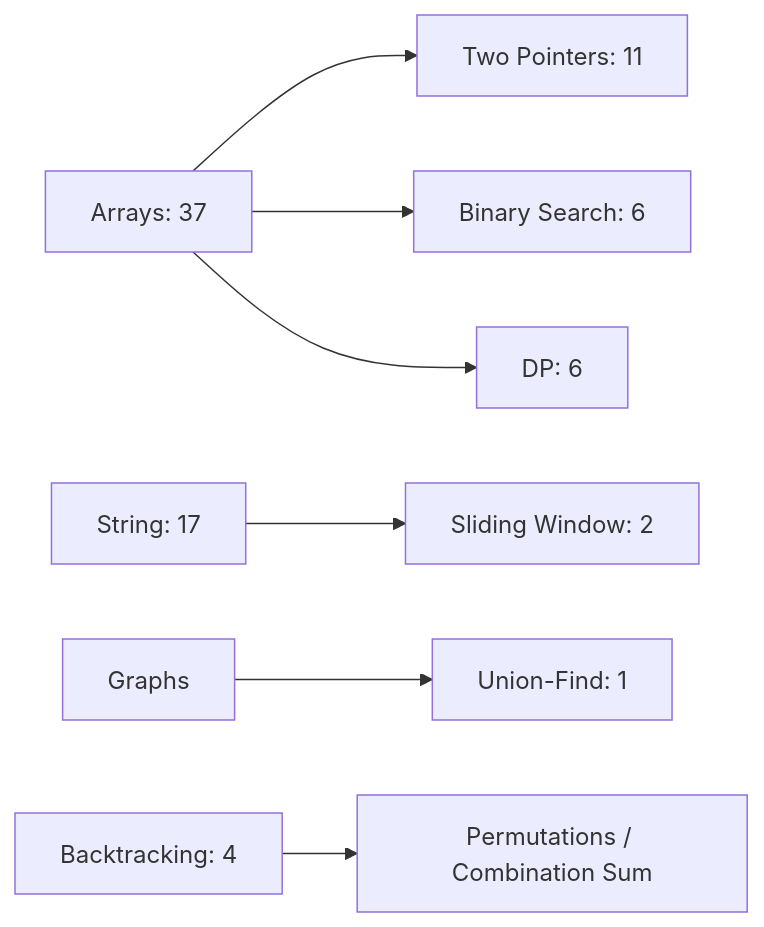
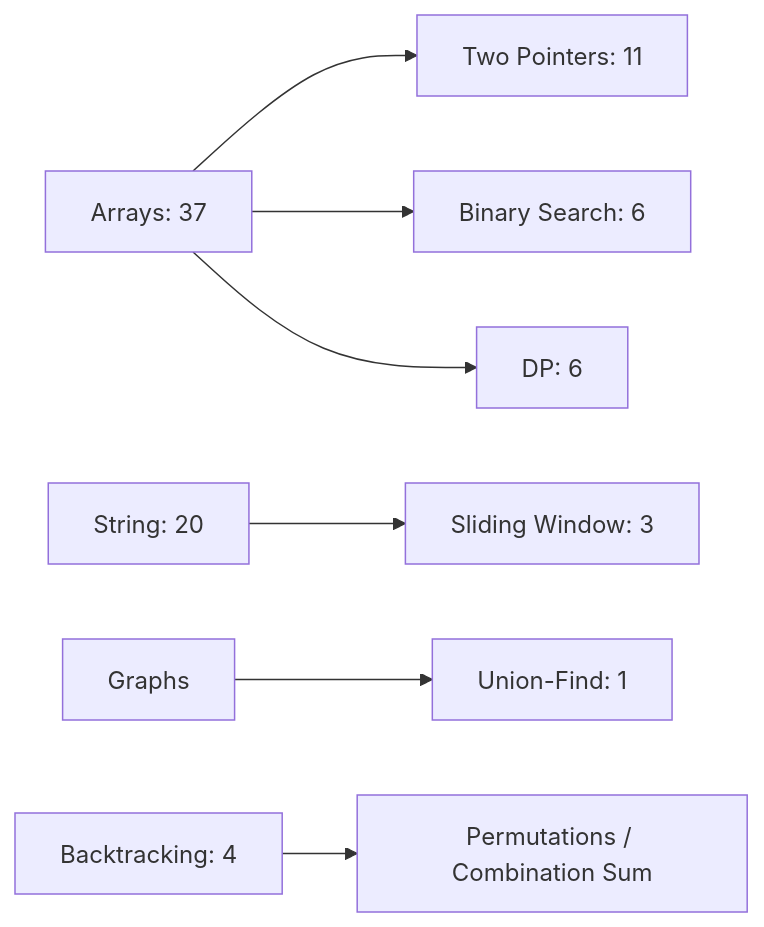
One commit to manikantbindass/DSA-Preparation-FAANG changed the second of 3 diagrams in README.md. Above: the diagram before and after it, drawn with Mermaid. The commit also changed other lines of this file and 9 other files, not shown here.

````diff
--- a/README.md
+++ b/README.md
@@ -40,9 +40,9 @@
 ```mermaid
 flowchart LR
     A["Arrays: 37"] --> B["Two Pointers: 11"]
     A --> C["Binary Search: 6"]
     A --> D["DP: 6"]
-    E["String: 17"] --> F["Sliding Window: 2"]
+    E["String: 20"] --> F["Sliding Window: 3"]
     G["Graphs"] --> H["Union-Find: 1"]
     I["Backtracking: 4"] --> J["Permutations / Combination Sum"]
 ```
````
